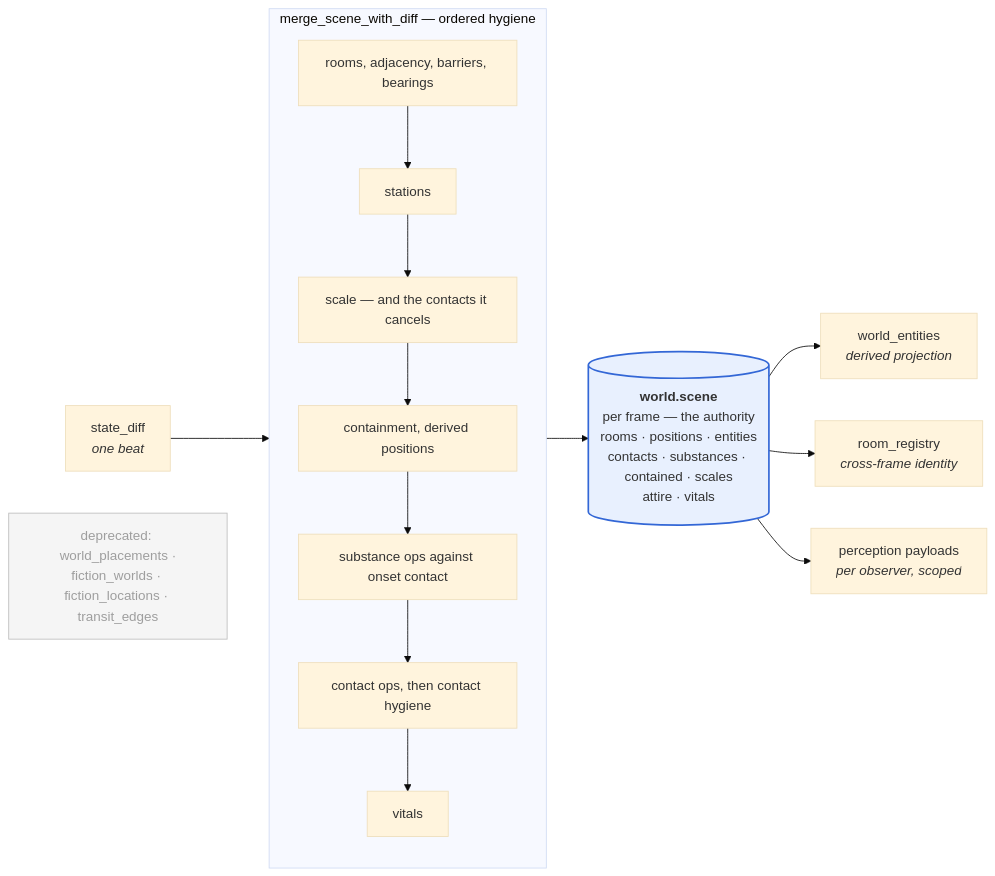
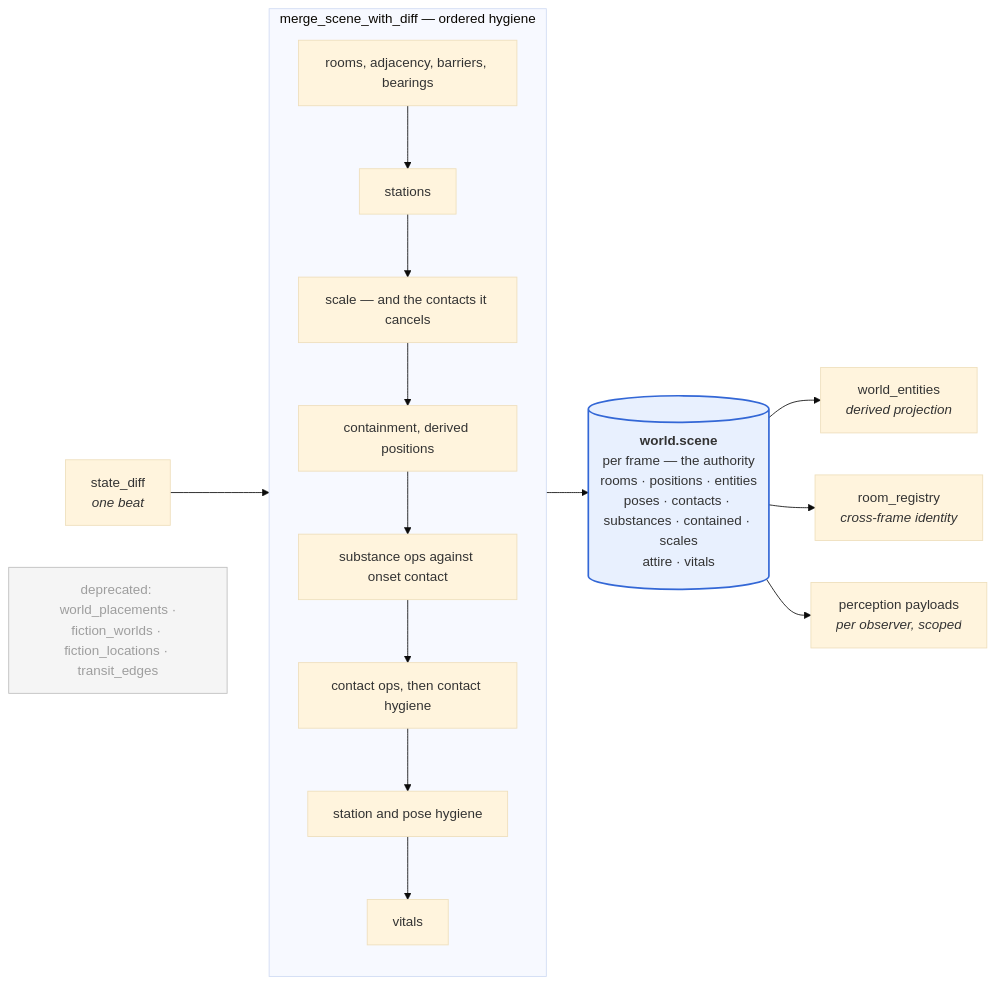
One commit to N0819/Sonder_Engine changed the fifth of 9 diagrams in docs/ENGINEERING.md. Above: the diagram before and after it, drawn with Mermaid (base theme). The commit also changed other lines of this file and 12 other files, not shown here.

````diff
--- a/docs/ENGINEERING.md
+++ b/docs/ENGINEERING.md
@@ -365,25 +370,26 @@
 ```mermaid
 flowchart LR
     SD["state_diff<br/><i>one beat</i>"] --> MERGE
 
     subgraph MERGE["merge_scene_with_diff — ordered hygiene"]
         direction TB
         M1["rooms, adjacency, barriers, bearings"] --> M2["stations"]
         M2 --> M3["scale — and the contacts it cancels"]
         M3 --> M4["containment, derived positions"]
         M4 --> M5["substance ops against onset contact"]
         M5 --> M6["contact ops, then contact hygiene"]
-        M6 --> M7["vitals"]
+        M6 --> M7["station and pose hygiene"]
+        M7 --> M8["vitals"]
     end
 
-    MERGE --> SC[("<b>world.scene</b><br/>per frame — the authority<br/>rooms · positions · entities<br/>contacts · substances · contained · scales<br/>attire · vitals")]
+    MERGE --> SC[("<b>world.scene</b><br/>per frame — the authority<br/>rooms · positions · entities<br/>poses · contacts · substances · contained · scales<br/>attire · vitals")]
 
     SC --> WE["world_entities<br/><i>derived projection</i>"]
     SC --> RR["room_registry<br/><i>cross-frame identity</i>"]
     SC --> PP["perception payloads<br/><i>per observer, scoped</i>"]
 
     DEP["deprecated: world_placements ·<br/>fiction_worlds · fiction_locations · transit_edges"]
 
     style SC fill:#e8f0fe,stroke:#3367d6,stroke-width:2px
     style DEP fill:#f5f5f5,stroke:#bdbdbd,color:#9e9e9e
 ```
````
